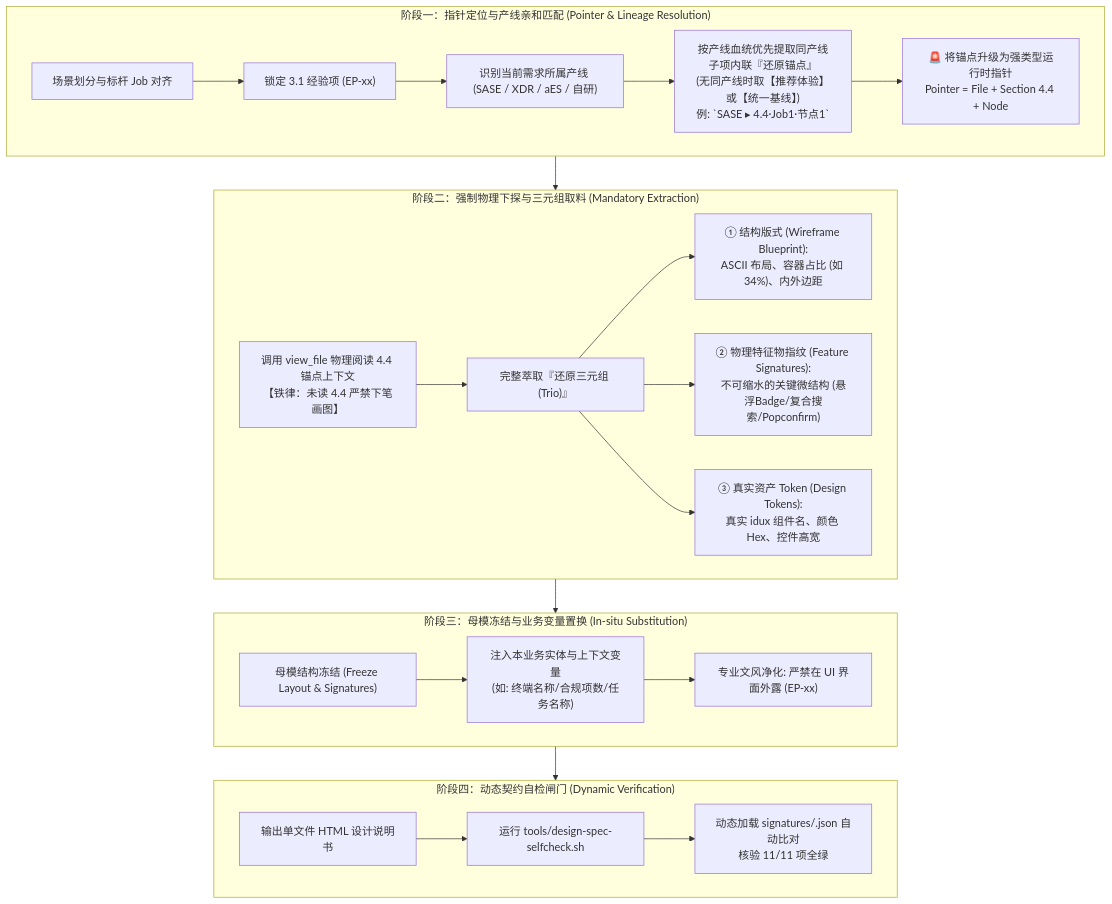
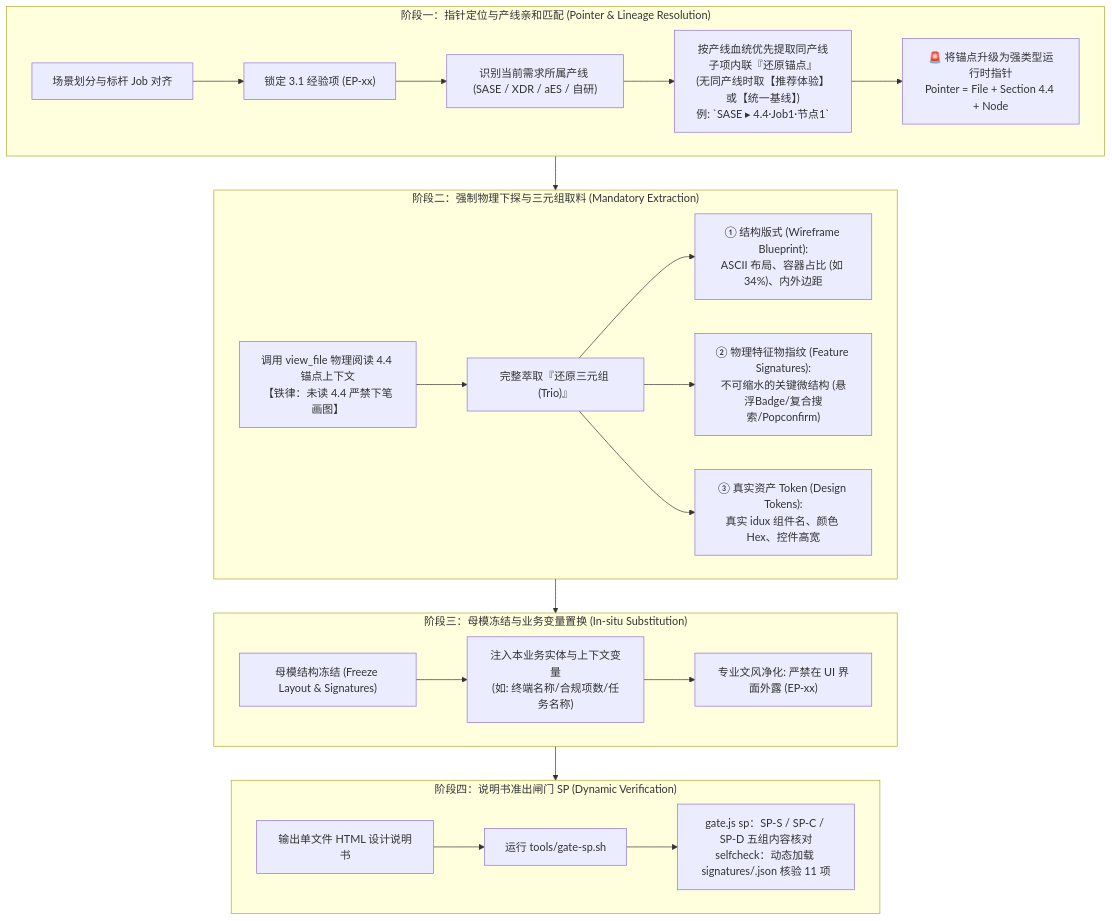
The second of 3 diagrams in 04-workflows-and-cases/execution-sop.md (wangjue2026/skill-designer-prism), drawn with Mermaid before and after one commit. The commit also changed other lines of this file and 37 other files, not shown here.

````diff
--- a/04-workflows-and-cases/execution-sop.md
+++ b/04-workflows-and-cases/execution-sop.md
@@ -195,28 +208,28 @@
 ```mermaid
 graph TD
     subgraph Phase1["阶段一：指针定位与产线亲和匹配 (Pointer & Lineage Resolution)"]
         P1["场景划分与标杆 Job 对齐"] --> P2["锁定 3.1 经验项 (EP-xx)"]
         P2 --> P3["识别当前需求所属产线 (SASE / XDR / aES / 自研)"]
         P3 --> P4["按产线血统优先提取同产线子项内联『还原锚点』<br>(无同产线时取【推荐体验】或【统一基线】)<br>例: `SASE ▸ 4.4·Job1·节点1`"]
         P4 --> P5["🚨 将锚点升级为强类型运行时指针<br>Pointer = File + Section 4.4 + Node"]
     end
 
     subgraph Phase2["阶段二：强制物理下探与三元组取料 (Mandatory Extraction)"]
         E1["调用 view_file 物理阅读 4.4 锚点上下文<br>【铁律：未读 4.4 严禁下笔画图】"] --> E2["完整萃取『还原三元组 (Trio)』"]
         E2 --> E3["① 结构版式 (Wireframe Blueprint):<br>ASCII 布局、容器占比 (如 34%)、内外边距"]
         E2 --> E4["② 物理特征物指纹 (Feature Signatures):<br>不可缩水的关键微结构 (悬浮Badge/复合搜索/Popconfirm)"]
         E2 --> E5["③ 真实资产 Token (Design Tokens):<br>真实 idux 组件名、颜色 Hex、控件高宽"]
     end
 
     subgraph Phase3["阶段三：母模冻结与业务变量置换 (In-situ Substitution)"]
         S1["母模结构冻结 (Freeze Layout & Signatures)"] --> S2["注入本业务实体与上下文变量<br>(如: 终端名称/合规项数/任务名称)"]
         S2 --> S3["专业文风净化: 严禁在 UI 界面外露 (EP-xx)"]
     end
 
-    subgraph Phase4["阶段四：动态契约自检闸门 (Dynamic Verification)"]
-        V1["输出单文件 HTML 设计说明书"] --> V2["运行 tools/design-spec-selfcheck.sh"]
-        V2 --> V3["动态加载 signatures/<Type-xx>.json 自动比对<br>核验 11/11 项全绿"]
+    subgraph Phase4["阶段四：说明书准出闸门 SP (Dynamic Verification)"]
+        V1["输出单文件 HTML 设计说明书"] --> V2["运行 tools/gate-sp.sh"]
+        V2 --> V3["gate.js sp：SP-S / SP-C / SP-D 五组内容核对<br>selfcheck：动态加载 signatures/<Type-xx>.json 核验 11 项"]
     end
 
     Phase1 --> Phase2 --> Phase3 --> Phase4
 ```
````
